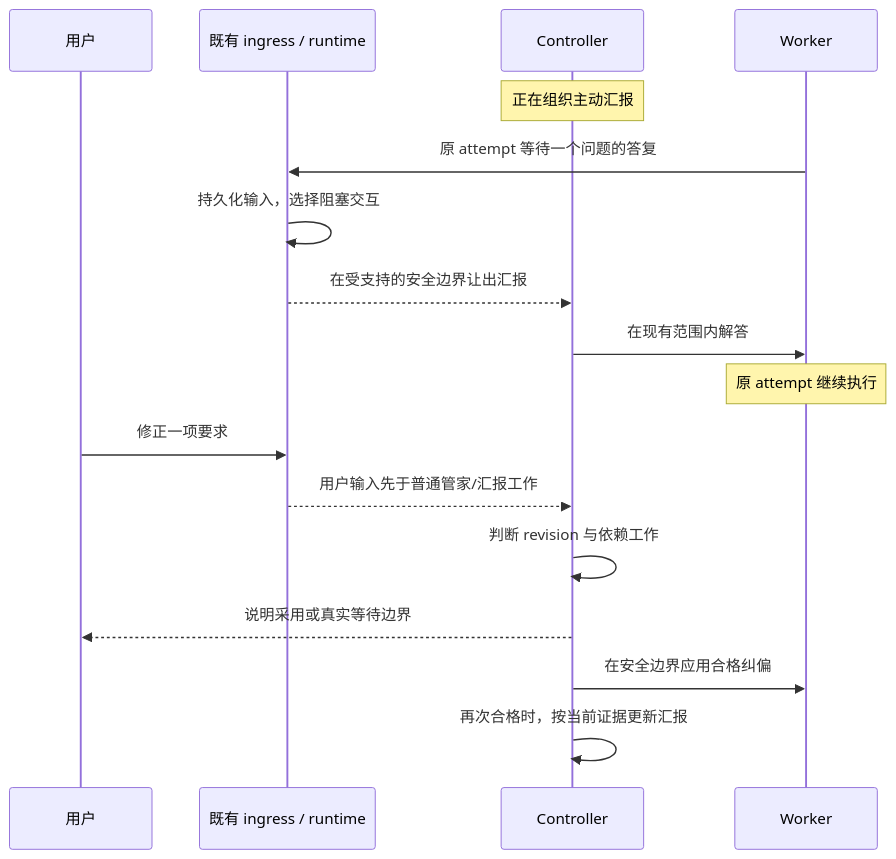
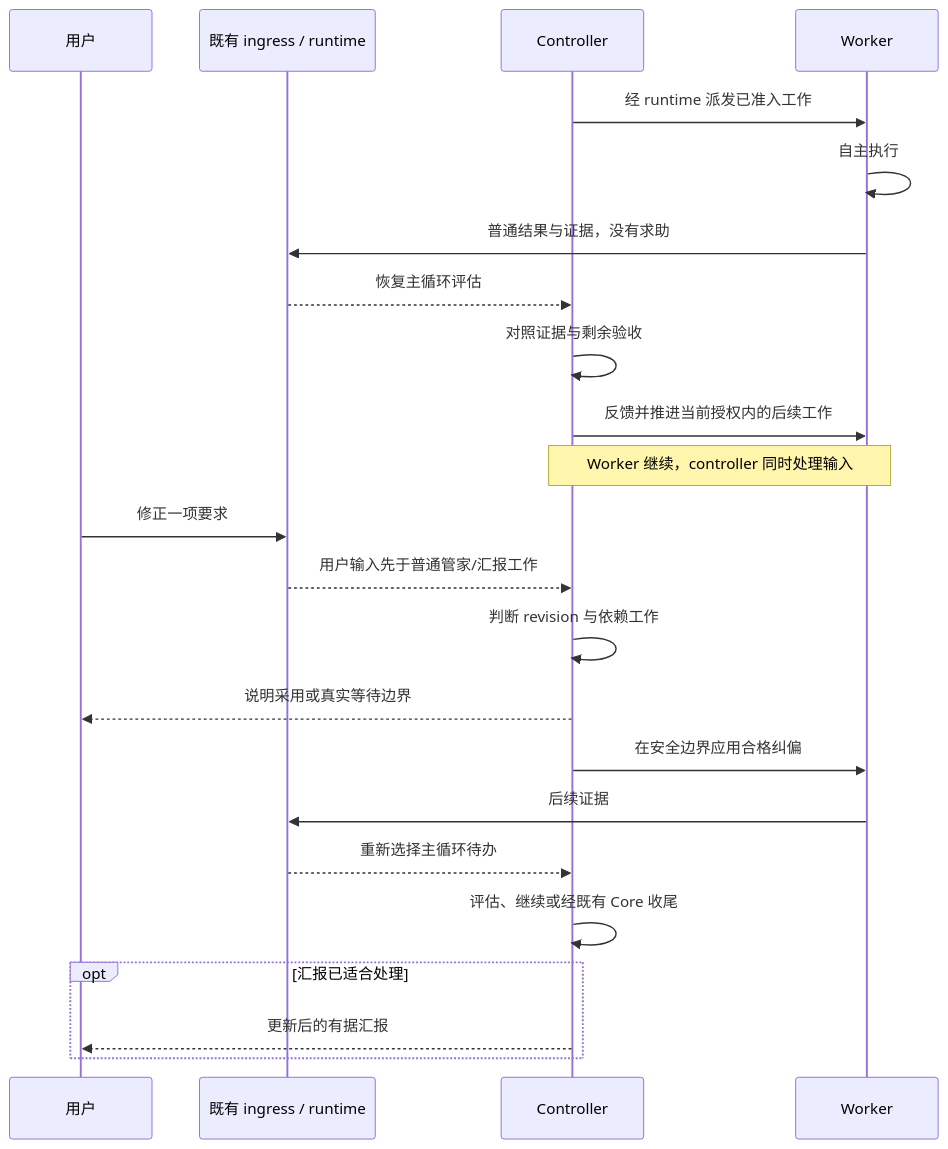
Before and after one commit to loopx-project/loopx: the sixth of 9 diagrams in docs/architecture/rfcs/controller-executor-unified-contract-v0.zh-CN.md, drawn with Mermaid. The commit also changed other lines of this file and 3 other files, not shown here.

Commit message:
docs: make controller worker execution the primary loop

````diff
--- a/docs/architecture/rfcs/controller-executor-unified-contract-v0.zh-CN.md
+++ b/docs/architecture/rfcs/controller-executor-unified-contract-v0.zh-CN.md
@@ -341,19 +397,25 @@
 ```mermaid
 sequenceDiagram
   participant U as 用户
   participant I as 既有 ingress / runtime
   participant C as Controller
   participant W as Worker
-  Note over C: 正在组织主动汇报
-  W->>I: 原 attempt 等待一个问题的答复
-  I->>I: 持久化输入，选择阻塞交互
-  I-->>C: 在受支持的安全边界让出汇报
-  C->>W: 在现有范围内解答
-  Note over W: 原 attempt 继续执行
+  C->>W: 经 runtime 派发已准入工作
+  W->>W: 自主执行
+  W->>I: 普通结果与证据，没有求助
+  I-->>C: 恢复主循环评估
+  C->>C: 对照证据与剩余验收
+  C->>W: 反馈并推进当前授权内的后续工作
+  Note over C,W: Worker 继续，controller 同时处理输入
   U->>I: 修正一项要求
   I-->>C: 用户输入先于普通管家/汇报工作
   C->>C: 判断 revision 与依赖工作
   C-->>U: 说明采用或真实等待边界
   C->>W: 在安全边界应用合格纠偏
-  C->>C: 再次合格时，按当前证据更新汇报
+  W->>I: 后续证据
+  I-->>C: 重新选择主循环待办
+  C->>C: 评估、继续或经既有 Core 收尾
+  opt 汇报已适合处理
+    C-->>U: 更新后的有据汇报
+  end
 ```
````
